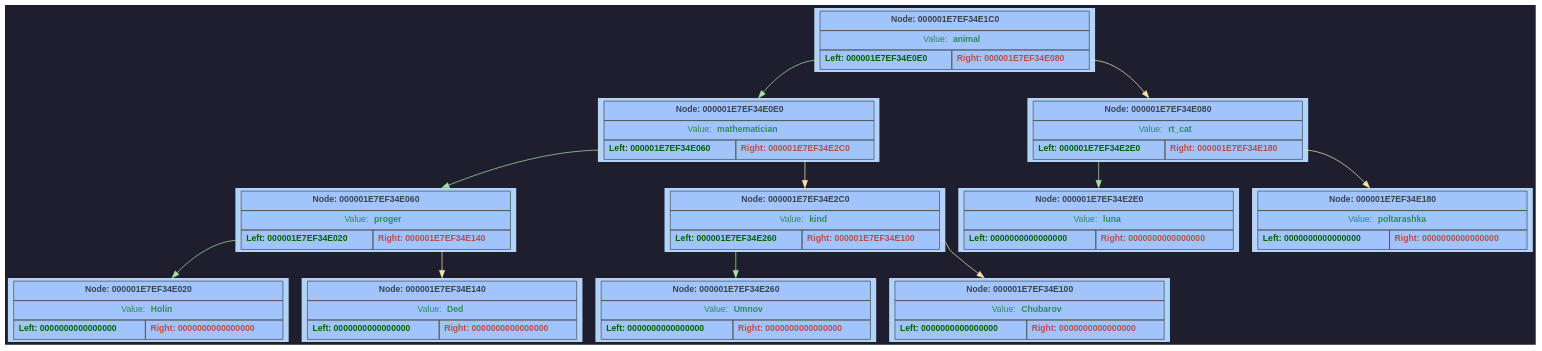
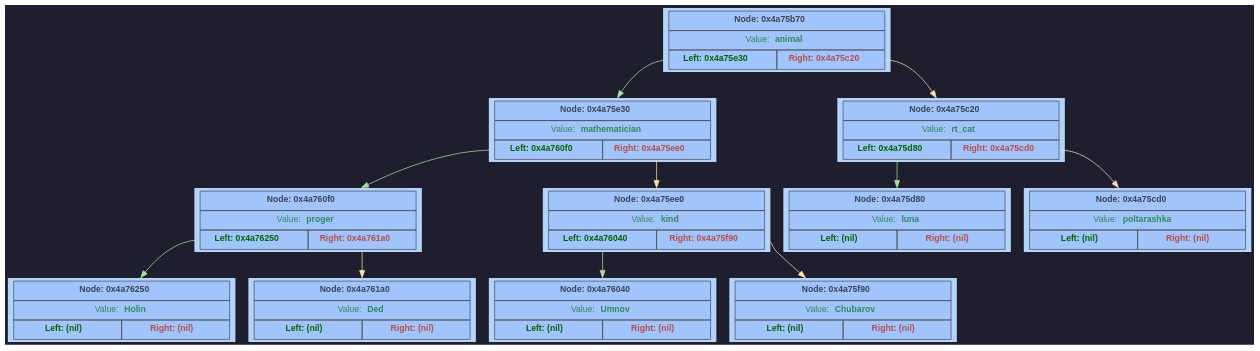
The diagram in GraphDump/dump.dot (F1merhub/Akinator), drawn with Graphviz before and after one commit. The commit also changed other lines of this file and 12 other files, not shown here.

```diff
--- a/GraphDump/dump.dot
+++ b/GraphDump/dump.dot
@@ -2,113 +2,113 @@
 	rankdir = TB;
 	bgcolor="#1e1e2e";
 	node [shape=rectangle, style=filled, fontname=Helvetica, fontsize=12, fillcolor="#89b4fa", color="#cba6f7", fontcolor="#1e1e2e"];
-	node000001E7EF34E1C0 [shape=plaintext; style=filled; color="#fcf0d2"; fillcolor="#b2d4fc"; label = <
+	node0x4a75b70 [shape=plaintext; style=filled; color="#fcf0d2"; fillcolor="#b2d4fc"; label = <
 		         <table BORDER="0" CELLBORDER="1" CELLSPACING="0" CELLPADDING="6" BGCOLOR="#a1c4fd" COLOR="#4f4f4f">
-			           <tr><td align='center' colspan='2'><FONT COLOR='#3b4252'><b>Node: 000001E7EF34E1C0</b></FONT></td></tr>
+			           <tr><td align='center' colspan='2'><FONT COLOR='#3b4252'><b>Node: 0x4a75b70</b></FONT></td></tr>
 			           <tr><td align='center' colspan='2'><FONT COLOR='#2e8b57'>Value: <b>animal</b></FONT></td></tr>
 			           <tr>
-			               <td WIDTH='150' PORT='left'  align='center'><FONT COLOR='#006400'><b>Left: 000001E7EF34E0E0</b></FONT></td>
-			               <td WIDTH='150' PORT='right' align='center'><FONT COLOR='#b94e48'><b>Right: 000001E7EF34E080</b></FONT></td>
+			               <td WIDTH='150' PORT='left'  align='center'><FONT COLOR='#006400'><b>Left: 0x4a75e30</b></FONT></td>
+			               <td WIDTH='150' PORT='right' align='center'><FONT COLOR='#b94e48'><b>Right: 0x4a75c20</b></FONT></td>
 			           </tr>
 		         </table> >];
-	node000001E7EF34E0E0 [shape=plaintext; style=filled; color="#fcf0d2"; fillcolor="#b2d4fc"; label = <
+	node0x4a75e30 [shape=plaintext; style=filled; color="#fcf0d2"; fillcolor="#b2d4fc"; label = <
 		         <table BORDER="0" CELLBORDER="1" CELLSPACING="0" CELLPADDING="6" BGCOLOR="#a1c4fd" COLOR="#4f4f4f">
-			           <tr><td align='center' colspan='2'><FONT COLOR='#3b4252'><b>Node: 000001E7EF34E0E0</b></FONT></td></tr>
+			           <tr><td align='center' colspan='2'><FONT COLOR='#3b4252'><b>Node: 0x4a75e30</b></FONT></td></tr>
 			           <tr><td align='center' colspan='2'><FONT COLOR='#2e8b57'>Value: <b>mathematician</b></FONT></td></tr>
 			           <tr>
-			               <td WIDTH='150' PORT='left'  align='center'><FONT COLOR='#006400'><b>Left: 000001E7EF34E060</b></FONT></td>
-			               <td WIDTH='150' PORT='right' align='center'><FONT COLOR='#b94e48'><b>Right: 000001E7EF34E2C0</b></FONT></td>
+			               <td WIDTH='150' PORT='left'  align='center'><FONT COLOR='#006400'><b>Left: 0x4a760f0</b></FONT></td>
+			               <td WIDTH='150' PORT='right' align='center'><FONT COLOR='#b94e48'><b>Right: 0x4a75ee0</b></FONT></td>
 			           </tr>
 		         </table> >];
-	node000001E7EF34E060 [shape=plaintext; style=filled; color="#fcf0d2"; fillcolor="#b2d4fc"; label = <
+	node0x4a760f0 [shape=plaintext; style=filled; color="#fcf0d2"; fillcolor="#b2d4fc"; label = <
 		         <table BORDER="0" CELLBORDER="1" CELLSPACING="0" CELLPADDING="6" BGCOLOR="#a1c4fd" COLOR="#4f4f4f">
-			           <tr><td align='center' colspan='2'><FONT COLOR='#3b4252'><b>Node: 000001E7EF34E060</b></FONT></td></tr>
+			           <tr><td align='center' colspan='2'><FONT COLOR='#3b4252'><b>Node: 0x4a760f0</b></FONT></td></tr>
 			           <tr><td align='center' colspan='2'><FONT COLOR='#2e8b57'>Value: <b>proger</b></FONT></td></tr>
 			           <tr>
-			               <td WIDTH='150' PORT='left'  align='center'><FONT COLOR='#006400'><b>Left: 000001E7EF34E020</b></FONT></td>
-			               <td WIDTH='150' PORT='right' align='center'><FONT COLOR='#b94e48'><b>Right: 000001E7EF34E140</b></FONT></td>
+			               <td WIDTH='150' PORT='left'  align='center'><FONT COLOR='#006400'><b>Left: 0x4a76250</b></FONT></td>
+			               <td WIDTH='150' PORT='right' align='center'><FONT COLOR='#b94e48'><b>Right: 0x4a761a0</b></FONT></td>
 			           </tr>
 		         </table> >];
-	node000001E7EF34E020 [shape=plaintext; style=filled; color="#fcf0d2"; fillcolor="#b2d4fc"; label = <
+	node0x4a76250 [shape=plaintext; style=filled; color="#fcf0d2"; fillcolor="#b2d4fc"; label = <
 		         <table BORDER="0" CELLBORDER="1" CELLSPACING="0" CELLPADDING="6" BGCOLOR="#a1c4fd" COLOR="#4f4f4f">
-			           <tr><td align='center' colspan='2'><FONT COLOR='#3b4252'><b>Node: 000001E7EF34E020</b></FONT></td></tr>
+			           <tr><td align='center' colspan='2'><FONT COLOR='#3b4252'><b>Node: 0x4a76250</b></FONT></td></tr>
 			           <tr><td align='center' colspan='2'><FONT COLOR='#2e8b57'>Value: <b>Holin</b></FONT></td></tr>
 			           <tr>
-			               <td WIDTH='150' PORT='left'  align='center'><FONT COLOR='#006400'><b>Left: 0000000000000000</b></FONT></td>
-			               <td WIDTH='150' PORT='right' align='center'><FONT COLOR='#b94e48'><b>Right: 0000000000000000</b></FONT></td>
+			               <td WIDTH='150' PORT='left'  align='center'><FONT COLOR='#006400'><b>Left: (nil)</b></FONT></td>
+			               <td WIDTH='150' PORT='right' align='center'><FONT COLOR='#b94e48'><b>Right: (nil)</b></FONT></td>
 			           </tr>
 		         </table> >];
-	node000001E7EF34E060:left -> node000001E7EF34E020 [color="#a6e3a1"]
-	node000001E7EF34E140 [shape=plaintext; style=filled; color="#fcf0d2"; fillcolor="#b2d4fc"; label = <
+	node0x4a760f0:left -> node0x4a76250 [color="#a6e3a1"]
+	node0x4a761a0 [shape=plaintext; style=filled; color="#fcf0d2"; fillcolor="#b2d4fc"; label = <
 		         <table BORDER="0" CELLBORDER="1" CELLSPACING="0" CELLPADDING="6" BGCOLOR="#a1c4fd" COLOR="#4f4f4f">
-			           <tr><td align='center' colspan='2'><FONT COLOR='#3b4252'><b>Node: 000001E7EF34E140</b></FONT></td></tr>
+			           <tr><td align='center' colspan='2'><FONT COLOR='#3b4252'><b>Node: 0x4a761a0</b></FONT></td></tr>
 			           <tr><td align='center' colspan='2'><FONT COLOR='#2e8b57'>Value: <b>Ded</b></FONT></td></tr>
 			           <tr>
-			               <td WIDTH='150' PORT='left'  align='center'><FONT COLOR='#006400'><b>Left: 0000000000000000</b></FONT></td>
-			               <td WIDTH='150' PORT='right' align='center'><FONT COLOR='#b94e48'><b>Right: 0000000000000000</b></FONT></td>
+			               <td WIDTH='150' PORT='left'  align='center'><FONT COLOR='#006400'><b>Left: (nil)</b></FONT></td>
+			               <td WIDTH='150' PORT='right' align='center'><FONT COLOR='#b94e48'><b>Right: (nil)</b></FONT></td>
 			           </tr>
 		         </table> >];
-	node000001E7EF34E060:right -> node000001E7EF34E140 [color="#f9e2af"]
-	node000001E7EF34E0E0:left -> node000001E7EF34E060 [color="#a6e3a1"]
-	node000001E7EF34E2C0 [shape=plaintext; style=filled; color="#fcf0d2"; fillcolor="#b2d4fc"; label = <
+	node0x4a760f0:right -> node0x4a761a0 [color="#f9e2af"]
+	node0x4a75e30:left -> node0x4a760f0 [color="#a6e3a1"]
+	node0x4a75ee0 [shape=plaintext; style=filled; color="#fcf0d2"; fillcolor="#b2d4fc"; label = <
 		         <table BORDER="0" CELLBORDER="1" CELLSPACING="0" CELLPADDING="6" BGCOLOR="#a1c4fd" COLOR="#4f4f4f">
-			           <tr><td align='center' colspan='2'><FONT COLOR='#3b4252'><b>Node: 000001E7EF34E2C0</b></FONT></td></tr>
+			           <tr><td align='center' colspan='2'><FONT COLOR='#3b4252'><b>Node: 0x4a75ee0</b></FONT></td></tr>
 			           <tr><td align='center' colspan='2'><FONT COLOR='#2e8b57'>Value: <b>kind</b></FONT></td></tr>
 			           <tr>
-			               <td WIDTH='150' PORT='left'  align='center'><FONT COLOR='#006400'><b>Left: 000001E7EF34E260</b></FONT></td>
-			               <td WIDTH='150' PORT='right' align='center'><FONT COLOR='#b94e48'><b>Right: 000001E7EF34E100</b></FONT></td>
+			               <td WIDTH='150' PORT='left'  align='center'><FONT COLOR='#006400'><b>Left: 0x4a76040</b></FONT></td>
+			               <td WIDTH='150' PORT='right' align='center'><FONT COLOR='#b94e48'><b>Right: 0x4a75f90</b></FONT></td>
 			           </tr>
 		         </table> >];
-	node000001E7EF34E260 [shape=plaintext; style=filled; color="#fcf0d2"; fillcolor="#b2d4fc"; label = <
+	node0x4a76040 [shape=plaintext; style=filled; color="#fcf0d2"; fillcolor="#b2d4fc"; label = <
 		         <table BORDER="0" CELLBORDER="1" CELLSPACING="0" CELLPADDING="6" BGCOLOR="#a1c4fd" COLOR="#4f4f4f">
-			           <tr><td align='center' colspan='2'><FONT COLOR='#3b4252'><b>Node: 000001E7EF34E260</b></FONT></td></tr>
+			           <tr><td align='center' colspan='2'><FONT COLOR='#3b4252'><b>Node: 0x4a76040</b></FONT></td></tr>
 			           <tr><td align='center' colspan='2'><FONT COLOR='#2e8b57'>Value: <b>Umnov</b></FONT></td></tr>
 			           <tr>
-			               <td WIDTH='150' PORT='left'  align='center'><FONT COLOR='#006400'><b>Left: 0000000000000000</b></FONT></td>
-			               <td WIDTH='150' PORT='right' align='center'><FONT COLOR='#b94e48'><b>Right: 0000000000000000</b></FONT></td>
+			               <td WIDTH='150' PORT='left'  align='center'><FONT COLOR='#006400'><b>Left: (nil)</b></FONT></td>
+			               <td WIDTH='150' PORT='right' align='center'><FONT COLOR='#b94e48'><b>Right: (nil)</b></FONT></td>
 			           </tr>
 		         </table> >];
-	node000001E7EF34E2C0:left -> node000001E7EF34E260 [color="#a6e3a1"]
-	node000001E7EF34E100 [shape=plaintext; style=filled; color="#fcf0d2"; fillcolor="#b2d4fc"; label = <
+	node0x4a75ee0:left -> node0x4a76040 [color="#a6e3a1"]
+	node0x4a75f90 [shape=plaintext; style=filled; color="#fcf0d2"; fillcolor="#b2d4fc"; label = <
 		         <table BORDER="0" CELLBORDER="1" CELLSPACING="0" CELLPADDING="6" BGCOLOR="#a1c4fd" COLOR="#4f4f4f">
-			           <tr><td align='center' colspan='2'><FONT COLOR='#3b4252'><b>Node: 000001E7EF34E100</b></FONT></td></tr>
+			           <tr><td align='center' colspan='2'><FONT COLOR='#3b4252'><b>Node: 0x4a75f90</b></FONT></td></tr>
 			           <tr><td align='center' colspan='2'><FONT COLOR='#2e8b57'>Value: <b>Chubarov</b></FONT></td></tr>
 			           <tr>
-			               <td WIDTH='150' PORT='left'  align='center'><FONT COLOR='#006400'><b>Left: 0000000000000000</b></FONT></td>
-			               <td WIDTH='150' PORT='right' align='center'><FONT COLOR='#b94e48'><b>Right: 0000000000000000</b></FONT></td>
+			               <td WIDTH='150' PORT='left'  align='center'><FONT COLOR='#006400'><b>Left: (nil)</b></FONT></td>
+			               <td WIDTH='150' PORT='right' align='center'><FONT COLOR='#b94e48'><b>Right: (nil)</b></FONT></td>
 			           </tr>
 		         </table> >];
-	node000001E7EF34E2C0:right -> node000001E7EF34E100 [color="#f9e2af"]
-	node000001E7EF34E0E0:right -> node000001E7EF34E2C0 [color="#f9e2af"]
-	node000001E7EF34E1C0:left -> node000001E7EF34E0E0 [color="#a6e3a1"]
-	node000001E7EF34E080 [shape=plaintext; style=filled; color="#fcf0d2"; fillcolor="#b2d4fc"; label = <
+	node0x4a75ee0:right -> node0x4a75f90 [color="#f9e2af"]
+	node0x4a75e30:right -> node0x4a75ee0 [color="#f9e2af"]
+	node0x4a75b70:left -> node0x4a75e30 [color="#a6e3a1"]
+	node0x4a75c20 [shape=plaintext; style=filled; color="#fcf0d2"; fillcolor="#b2d4fc"; label = <
 		         <table BORDER="0" CELLBORDER="1" CELLSPACING="0" CELLPADDING="6" BGCOLOR="#a1c4fd" COLOR="#4f4f4f">
-			           <tr><td align='center' colspan='2'><FONT COLOR='#3b4252'><b>Node: 000001E7EF34E080</b></FONT></td></tr>
+			           <tr><td align='center' colspan='2'><FONT COLOR='#3b4252'><b>Node: 0x4a75c20</b></FONT></td></tr>
 			           <tr><td align='center' colspan='2'><FONT COLOR='#2e8b57'>Value: <b>rt_cat</b></FONT></td></tr>
 			           <tr>
-			               <td WIDTH='150' PORT='left'  align='center'><FONT COLOR='#006400'><b>Left: 000001E7EF34E2E0</b></FONT></td>
-			               <td WIDTH='150' PORT='right' align='center'><FONT COLOR='#b94e48'><b>Right: 000001E7EF34E180</b></FONT></td>
+			               <td WIDTH='150' PORT='left'  align='center'><FONT COLOR='#006400'><b>Left: 0x4a75d80</b></FONT></td>
+			               <td WIDTH='150' PORT='right' align='center'><FONT COLOR='#b94e48'><b>Right: 0x4a75cd0</b></FONT></td>
 			           </tr>
 		         </table> >];
-	node000001E7EF34E2E0 [shape=plaintext; style=filled; color="#fcf0d2"; fillcolor="#b2d4fc"; label = <
+	node0x4a75d80 [shape=plaintext; style=filled; color="#fcf0d2"; fillcolor="#b2d4fc"; label = <
 		         <table BORDER="0" CELLBORDER="1" CELLSPACING="0" CELLPADDING="6" BGCOLOR="#a1c4fd" COLOR="#4f4f4f">
-			           <tr><td align='center' colspan='2'><FONT COLOR='#3b4252'><b>Node: 000001E7EF34E2E0</b></FONT></td></tr>
+			           <tr><td align='center' colspan='2'><FONT COLOR='#3b4252'><b>Node: 0x4a75d80</b></FONT></td></tr>
 			           <tr><td align='center' colspan='2'><FONT COLOR='#2e8b57'>Value: <b>luna</b></FONT></td></tr>
 			           <tr>
-			               <td WIDTH='150' PORT='left'  align='center'><FONT COLOR='#006400'><b>Left: 0000000000000000</b></FONT></td>
-			               <td WIDTH='150' PORT='right' align='center'><FONT COLOR='#b94e48'><b>Right: 0000000000000000</b></FONT></td>
+			               <td WIDTH='150' PORT='left'  align='center'><FONT COLOR='#006400'><b>Left: (nil)</b></FONT></td>
+			               <td WIDTH='150' PORT='right' align='center'><FONT COLOR='#b94e48'><b>Right: (nil)</b></FONT></td>
 			           </tr>
 		         </table> >];
-	node000001E7EF34E080:left -> node000001E7EF34E2E0 [color="#a6e3a1"]
-	node000001E7EF34E180 [shape=plaintext; style=filled; color="#fcf0d2"; fillcolor="#b2d4fc"; label = <
+	node0x4a75c20:left -> node0x4a75d80 [color="#a6e3a1"]
+	node0x4a75cd0 [shape=plaintext; style=filled; color="#fcf0d2"; fillcolor="#b2d4fc"; label = <
 		         <table BORDER="0" CELLBORDER="1" CELLSPACING="0" CELLPADDING="6" BGCOLOR="#a1c4fd" COLOR="#4f4f4f">
-			           <tr><td align='center' colspan='2'><FONT COLOR='#3b4252'><b>Node: 000001E7EF34E180</b></FONT></td></tr>
+			           <tr><td align='center' colspan='2'><FONT COLOR='#3b4252'><b>Node: 0x4a75cd0</b></FONT></td></tr>
 			           <tr><td align='center' colspan='2'><FONT COLOR='#2e8b57'>Value: <b>poltarashka</b></FONT></td></tr>
 			           <tr>
-			               <td WIDTH='150' PORT='left'  align='center'><FONT COLOR='#006400'><b>Left: 0000000000000000</b></FONT></td>
-			               <td WIDTH='150' PORT='right' align='center'><FONT COLOR='#b94e48'><b>Right: 0000000000000000</b></FONT></td>
+			               <td WIDTH='150' PORT='left'  align='center'><FONT COLOR='#006400'><b>Left: (nil)</b></FONT></td>
+			               <td WIDTH='150' PORT='right' align='center'><FONT COLOR='#b94e48'><b>Right: (nil)</b></FONT></td>
 			           </tr>
 		         </table> >];
-	node000001E7EF34E080:right -> node000001E7EF34E180 [color="#f9e2af"]
-	node000001E7EF34E1C0:right -> node000001E7EF34E080 [color="#f9e2af"]
+	node0x4a75c20:right -> node0x4a75cd0 [color="#f9e2af"]
+	node0x4a75b70:right -> node0x4a75c20 [color="#f9e2af"]
 }
```
